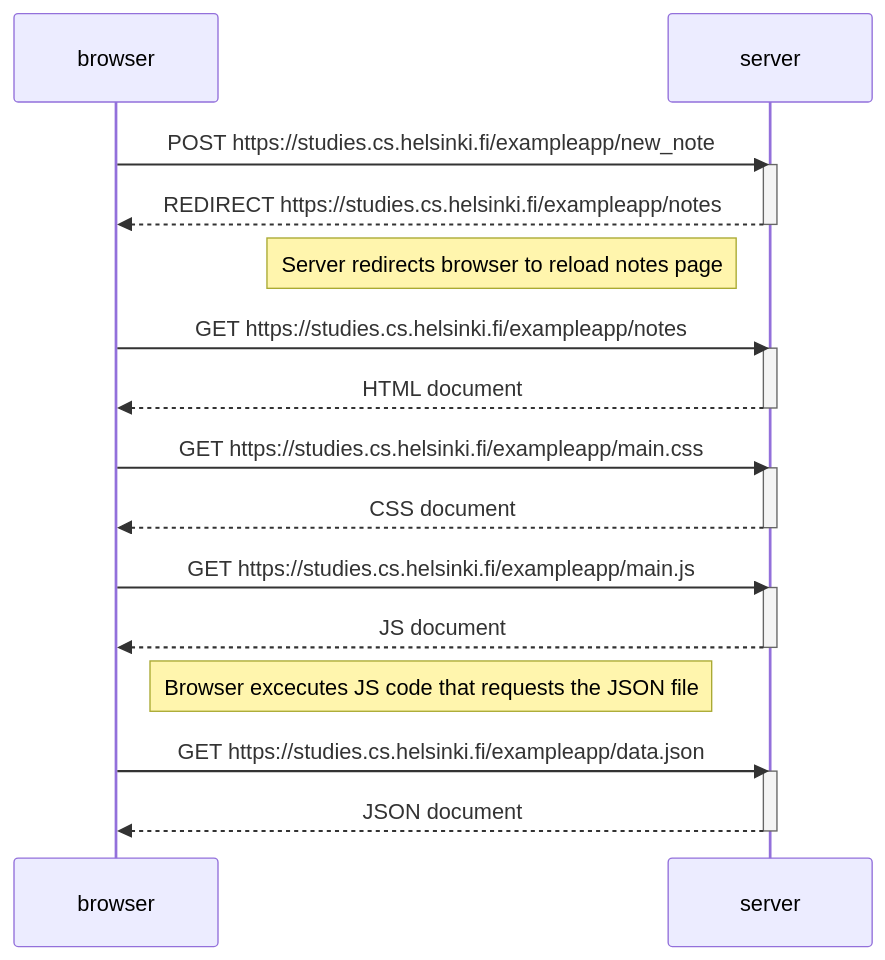
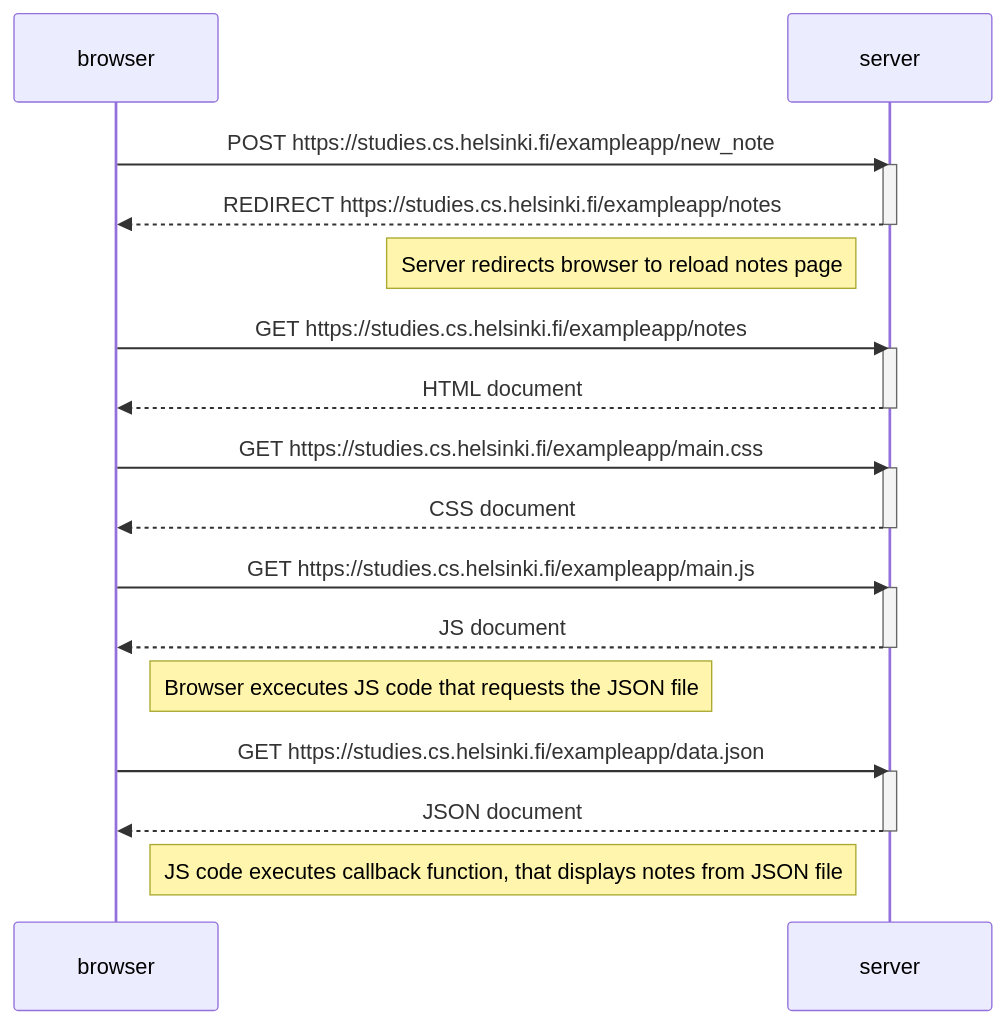
Before and after one commit to Pekeps/Fullstack-Open: the diagram in Osa0/T0.4_uusi-muistiinpano.md, drawn with Mermaid.

````diff
--- a/Osa0/T0.4_uusi-muistiinpano.md
+++ b/Osa0/T0.4_uusi-muistiinpano.md
@@ -1,34 +1,36 @@
 ```mermaid
 sequenceDiagram
     participant browser
     participant server
 
     browser->>server: POST https://studies.cs.helsinki.fi/exampleapp/new_note
 	activate server
 	server-->>browser: REDIRECT https://studies.cs.helsinki.fi/exampleapp/notes
 	deactivate server
 
     Note left of server: Server redirects browser to reload notes page
 
     browser->>server: GET https://studies.cs.helsinki.fi/exampleapp/notes
 	activate server
 	server-->>browser: HTML document
 	deactivate server
 
 	browser->>server: GET https://studies.cs.helsinki.fi/exampleapp/main.css
 	activate server
 	server-->>browser: CSS document
 	deactivate server
 
 	browser->>server: GET https://studies.cs.helsinki.fi/exampleapp/main.js
 	activate server
 	server-->>browser: JS document
 	deactivate server
 
 	Note right of browser: Browser excecutes JS code that requests the JSON  file
 	
 	browser->>server: GET https://studies.cs.helsinki.fi/exampleapp/data.json
 	activate server
 	server-->>browser: JSON document
 	deactivate server
+
+	Note right of browser: JS code executes callback function, that displays notes from JSON file
 ```
````
